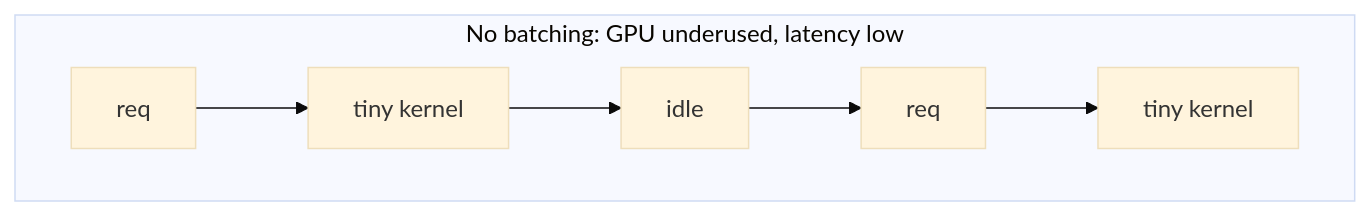
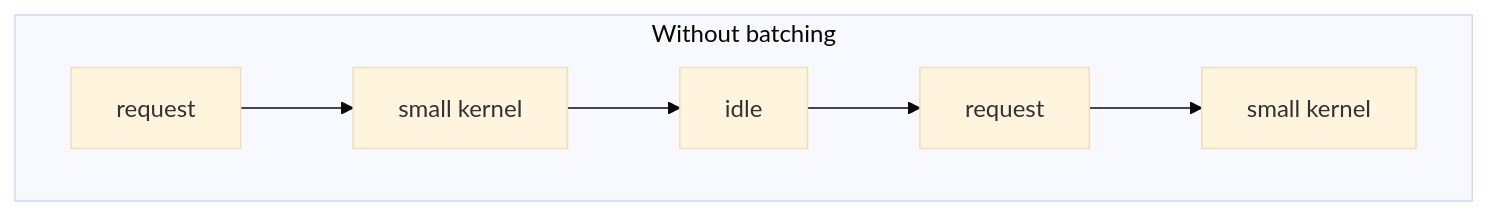
The second of 5 diagrams in systems_design/04-serving-and-artifacts.md (arpanpathak/cracking-the-systems-programming-interview), drawn with Mermaid (base theme) before and after one commit. The commit also changed other lines of this file and 6 other files, not shown here.

````diff
--- a/systems_design/04-serving-and-artifacts.md
+++ b/systems_design/04-serving-and-artifacts.md
@@ -38,7 +34,7 @@
 ```mermaid
 flowchart LR
-    subgraph B1["No batching: GPU underused, latency low"]
+    subgraph N["Without batching"]
         direction LR
-        R1["req"] --> G1["tiny kernel"] --> I1["idle"] --> R2["req"] --> G2["tiny kernel"]
+        A1["request"] --> A2["small kernel"] --> A3["idle"] --> A4["request"] --> A5["small kernel"]
     end
 ```
````
